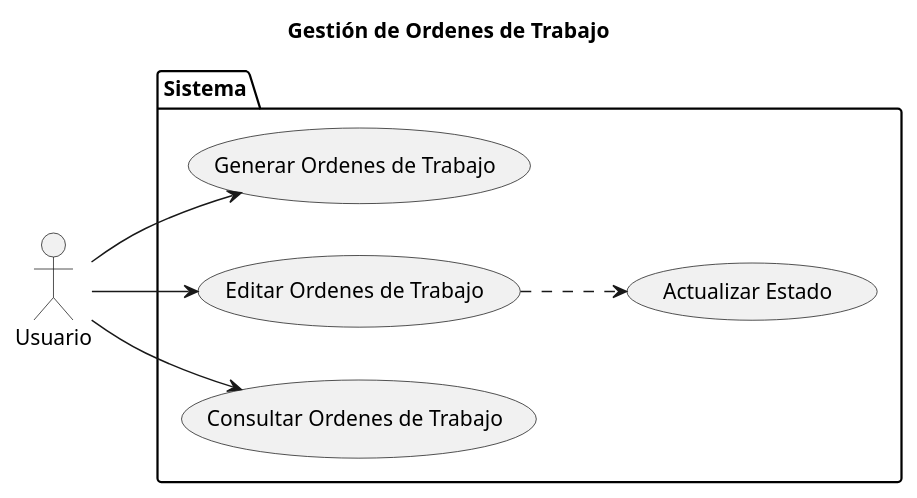
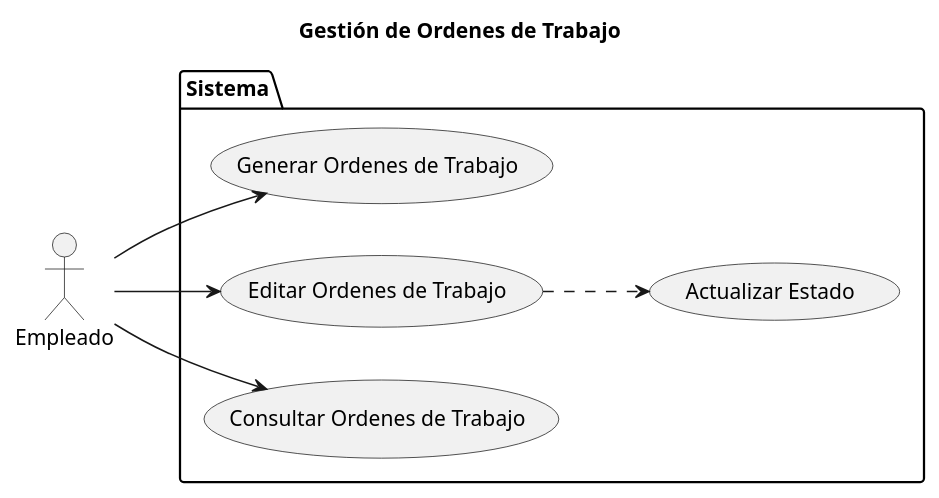
The diagram in Diagramas/caso_de_uso_OT.plantuml (marcelolezcanodev/GarageGuru), drawn with PlantUML before and after one commit. The commit also changed 17 other files, not shown here.

```diff
--- a/Diagramas/caso_de_uso_OT.plantuml
+++ b/Diagramas/caso_de_uso_OT.plantuml
@@ -1,23 +1,23 @@
-@startuml usuario
+@startuml CU_OT
 
 left to right direction
 
 title Gestión de Ordenes de Trabajo
 
-actor Usuario as User
+actor Empleado as User
 
 package Sistema {
 
     USECASE "Generar Ordenes de Trabajo" as UC_Registrar
     USECASE "Editar Ordenes de Trabajo" as UC_Editar
     USECASE "Consultar Ordenes de Trabajo" as UC_Consultar
     USECASE "Actualizar Estado" as UC_Editar_Estado
 
 }
 
 User --> UC_Registrar
 User --> UC_Editar
 User --> UC_Consultar
 UC_Editar ..> UC_Editar_Estado
 
 @enduml
```
